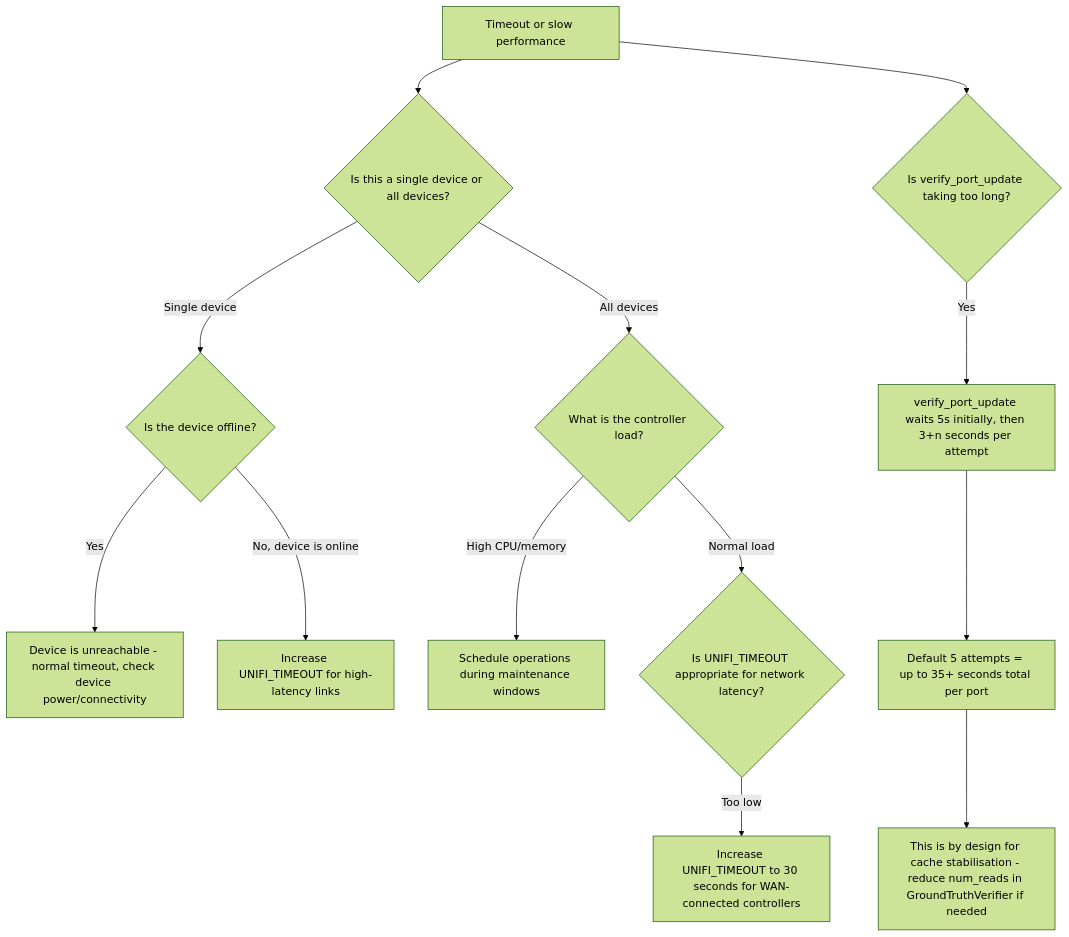
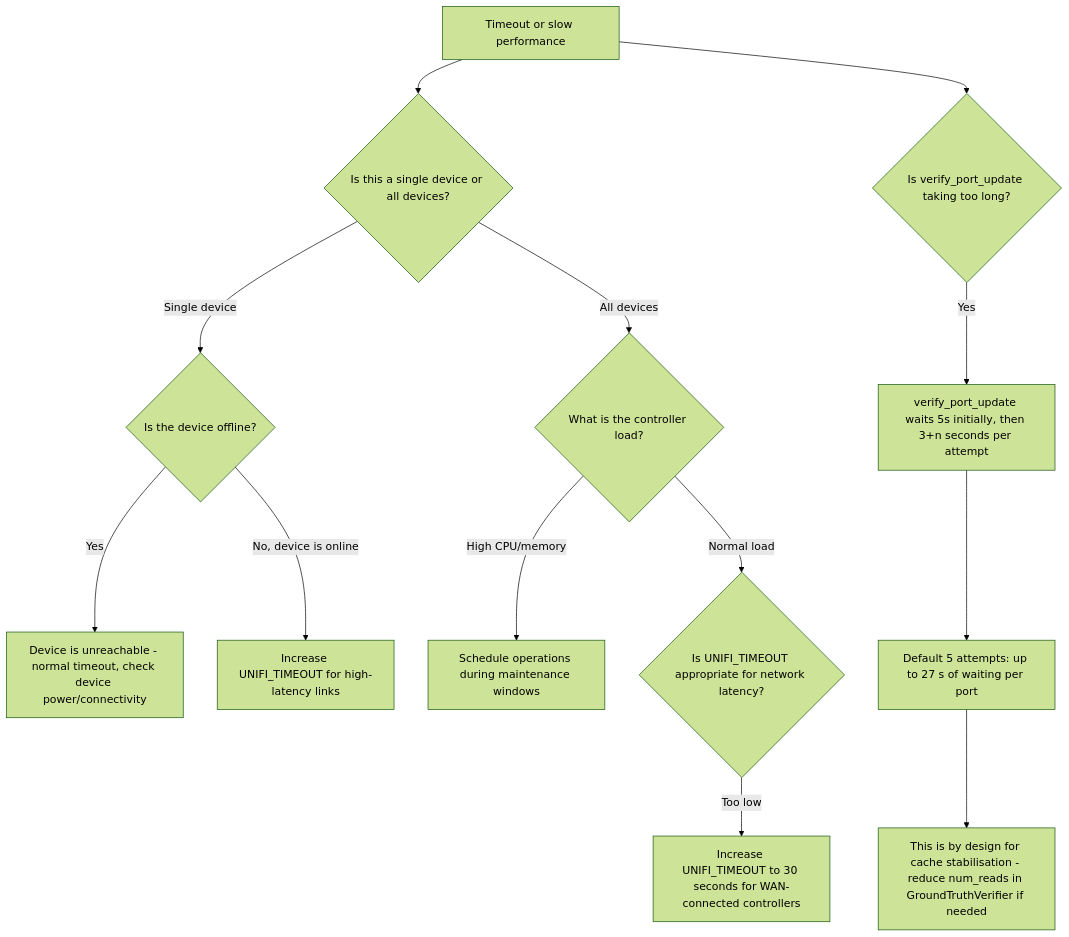
One commit to NetDevAutomate/unifi_management_cli changed the tenth of 14 diagrams in docs/operations/troubleshooting-and-runbook.md. Above: the diagram before and after it, drawn with Mermaid (forest theme). The commit also changed other lines of this file and 1 other file, not shown here.

````diff
--- a/docs/operations/troubleshooting-and-runbook.md
+++ b/docs/operations/troubleshooting-and-runbook.md
@@ -704,17 +758,17 @@
 ```mermaid
 flowchart TD
     A[Timeout or slow performance] --> B{Is this a single device or all devices?}
     B -->|Single device| C{Is the device offline?}
     C -->|Yes| D[Device is unreachable - normal timeout, check device power/connectivity]
     C -->|No, device is online| E[Increase UNIFI_TIMEOUT for high-latency links]
 
     B -->|All devices| F{What is the controller load?}
     F -->|High CPU/memory| G[Schedule operations during maintenance windows]
     F -->|Normal load| H{Is UNIFI_TIMEOUT appropriate for network latency?}
     H -->|Too low| I[Increase UNIFI_TIMEOUT to 30 seconds for WAN-connected controllers]
 
     A --> J{Is verify_port_update taking too long?}
     J -->|Yes| K[verify_port_update waits 5s initially, then 3+n seconds per attempt]
-    K --> L[Default 5 attempts = up to 35+ seconds total per port]
+    K --> L[Default 5 attempts: up to 27 s of waiting per port]
     L --> M[This is by design for cache stabilisation - reduce num_reads in GroundTruthVerifier if needed]
 ```
````
